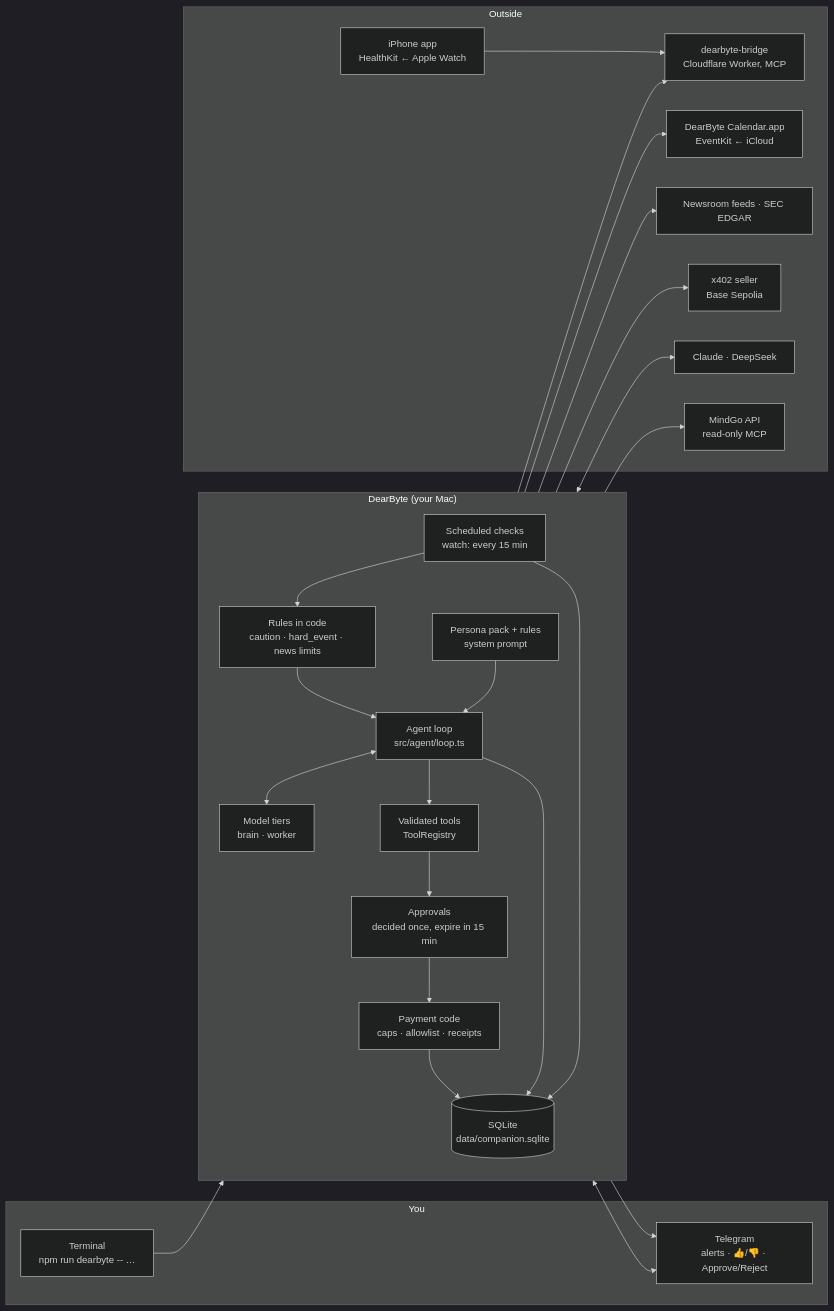
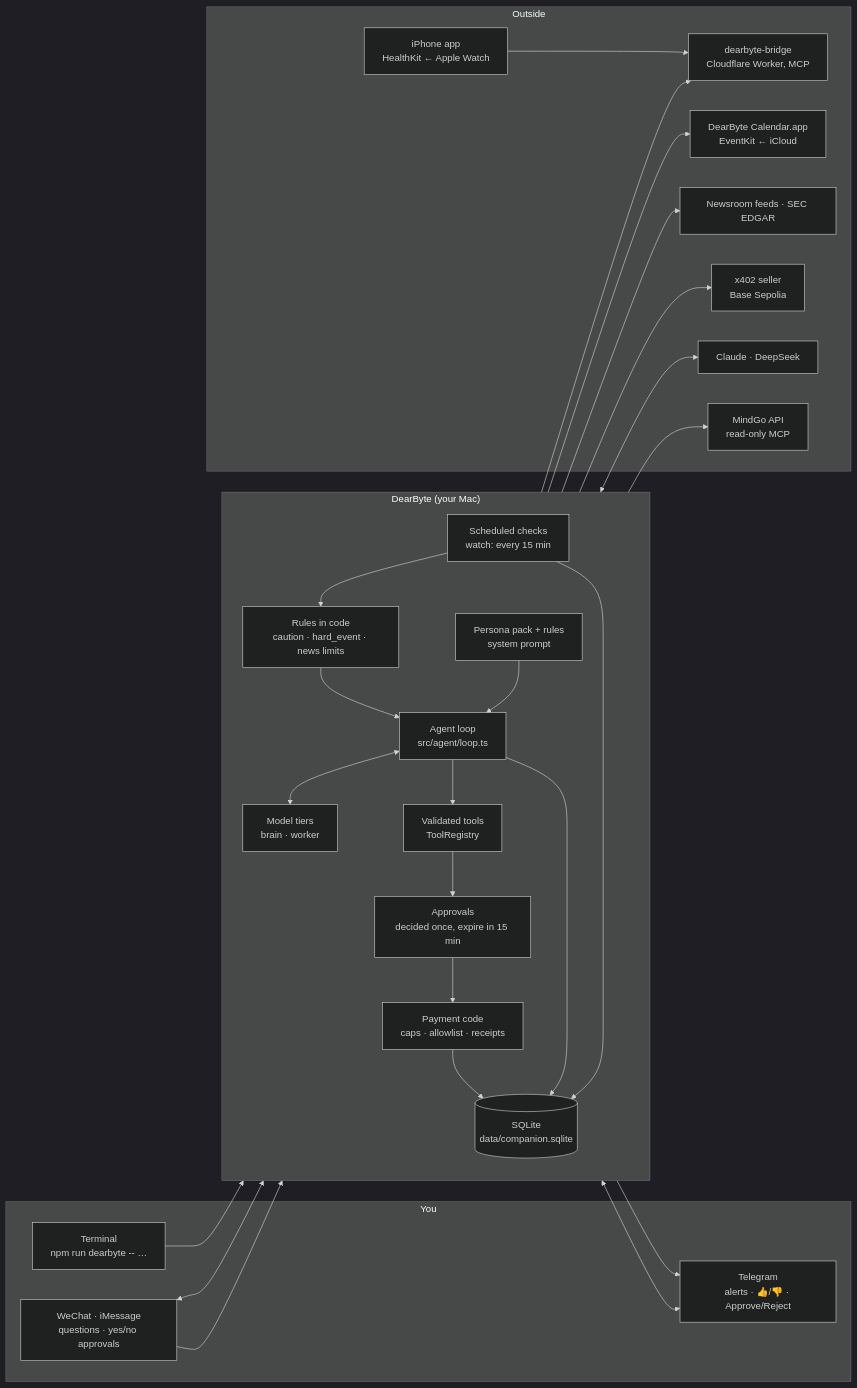
The diagram in docs/architecture.md (dearbyte-labs/DearByte), drawn with Mermaid (dark theme) before and after one commit. The commit also changed other lines of this file and 9 other files, not shown here.

````diff
--- a/docs/architecture.md
+++ b/docs/architecture.md
@@ -11,47 +11,50 @@
 ```mermaid
 flowchart LR
   subgraph You
     CLI[Terminal<br/>npm run dearbyte -- …]
     TG[Telegram<br/>alerts · 👍/👎 · Approve/Reject]
+    Chat[WeChat · iMessage<br/>questions · yes/no approvals]
   end
 
   subgraph DearByte["DearByte (your Mac)"]
     direction TB
     Loop[Agent loop<br/>src/agent/loop.ts]
     Tiers[Model tiers<br/>brain · worker]
     Tools[Validated tools<br/>ToolRegistry]
     Sched[Scheduled checks<br/>watch: every 15 min]
     Rules[Rules in code<br/>caution · hard_event · news limits]
     Appr[Approvals<br/>decided once, expire in 15 min]
     Pay[Payment code<br/>caps · allowlist · receipts]
     Store[(SQLite<br/>data/companion.sqlite)]
     Persona[Persona pack + rules<br/>system prompt]
   end
 
   subgraph Outside
     Bridge[dearbyte-bridge<br/>Cloudflare Worker, MCP]
     Phone[iPhone app<br/>HealthKit ← Apple Watch]
     Cal[DearByte Calendar.app<br/>EventKit ← iCloud]
     News[Newsroom feeds · SEC EDGAR]
     Seller[x402 seller<br/>Base Sepolia]
     LLM[Claude · DeepSeek]
     MindGo[MindGo API<br/>read-only MCP]
   end
 
   CLI --> Loop
+  Chat <--> Loop
+  Chat --> Appr
   TG <--> Appr
   Sched --> Rules --> Loop
   Loop <--> Tiers <--> LLM
   Persona --> Loop
   Loop --> Tools
   Tools --> Bridge
   Phone --> Bridge
   Tools --> Cal
   Tools --> News
   Tools --> Appr --> Pay --> Seller
   Tools --> MindGo
   Loop --> Store
   Sched --> Store
   Pay --> Store
   Sched --> TG
 ```
````
